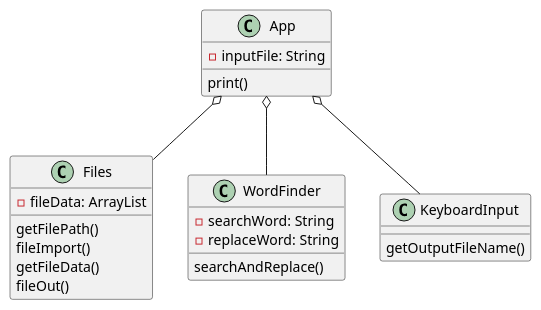
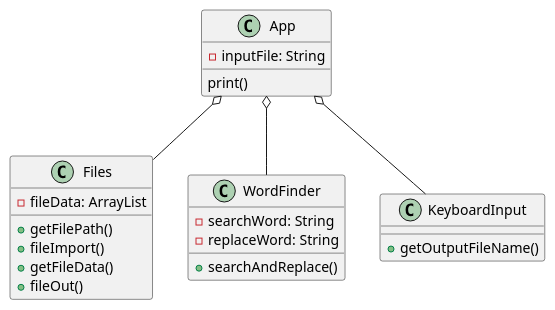
The diagram in src/main/java/ex45/WordFinder.puml (kingraham228/Ingraham-cop3330-assignment3), drawn with PlantUML before and after one commit. The commit also changed 9 other files, not shown here.

```diff
--- a/src/main/java/ex45/WordFinder.puml
+++ b/src/main/java/ex45/WordFinder.puml
@@ -1,28 +1,28 @@
 @startuml
 class App{
 -inputFile: String
 print()
 }
 
 class Files{
 -fileData: ArrayList
-getFilePath()
-fileImport()
-getFileData()
-fileOut()
++getFilePath()
++fileImport()
++getFileData()
++fileOut()
 }
 
 class WordFinder{
 -searchWord: String
 -replaceWord: String
-searchAndReplace()
++searchAndReplace()
 }
 
 class KeyboardInput{
-getOutputFileName()
++getOutputFileName()
 }
 
 App o-- Files
 App o-- WordFinder
 App o-- KeyboardInput
 @enduml
```
